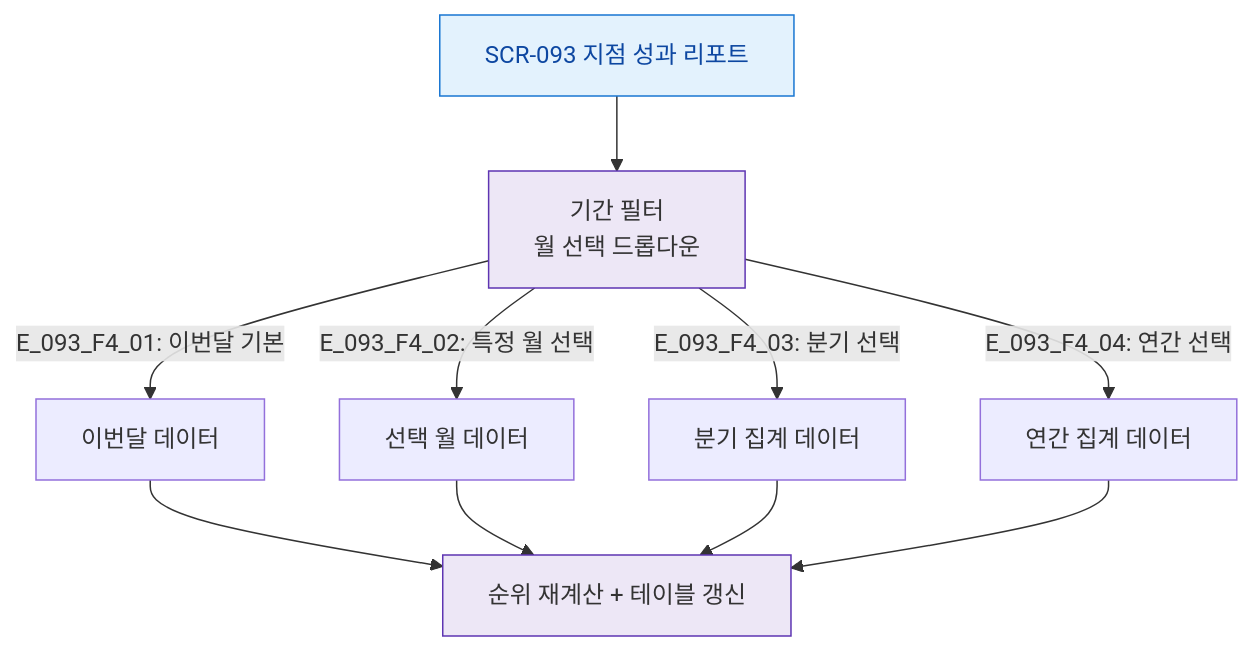
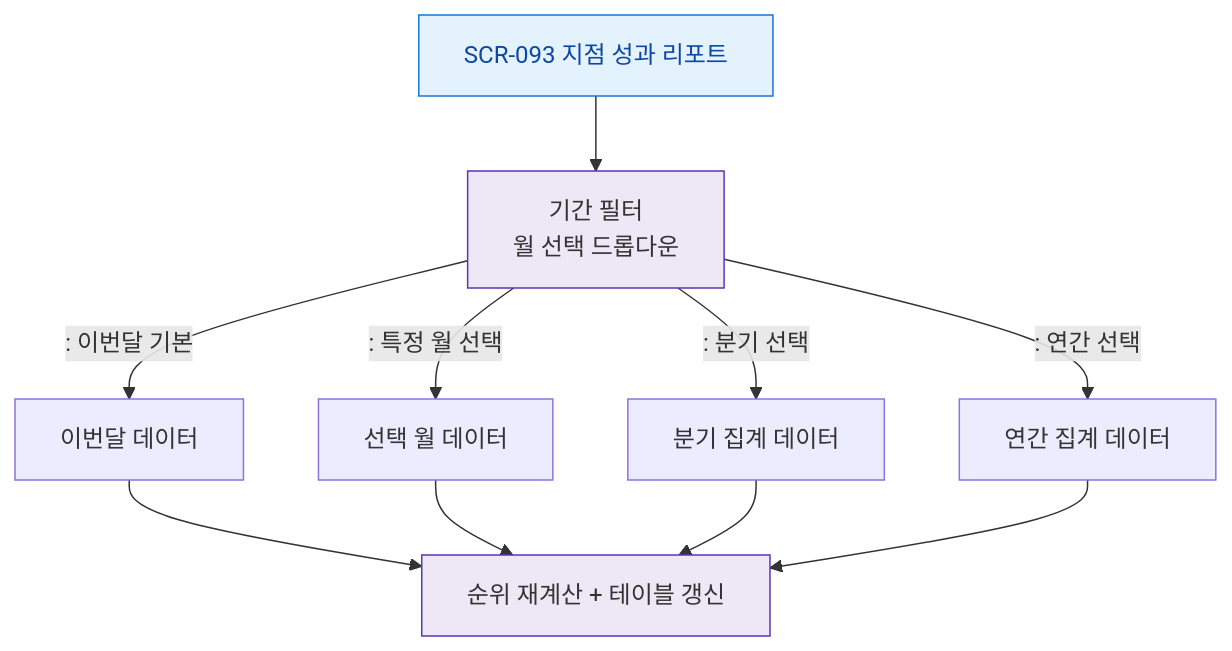
One commit to dev-spogym/admin-pando changed the diagram in docs/다이어그램/D10_본사관리/SCR-093_지점성과리포트/F4_필터.md. Above: the diagram before and after it, drawn with Mermaid. The commit also changed other lines of this file and 1660 other files, not shown here.

First line of the commit message:
다이어그램: 기획자/클라이언트 납품본으로 정리

````diff
--- a/docs/다이어그램/D10_본사관리/SCR-093_지점성과리포트/F4_필터.md
+++ b/docs/다이어그램/D10_본사관리/SCR-093_지점성과리포트/F4_필터.md
@@ -14,17 +12,17 @@
 ```mermaid
 flowchart TD
   SCR_093[SCR-093 지점 성과 리포트] --> PeriodFilter[기간 필터\n월 선택 드롭다운]
 
-  PeriodFilter -->|"E_093_F4_01: 이번달 기본"| MonthData[이번달 데이터]
-  PeriodFilter -->|"E_093_F4_02: 특정 월 선택"| SelectedMonthData[선택 월 데이터]
-  PeriodFilter -->|"E_093_F4_03: 분기 선택"| QuarterData[분기 집계 데이터]
-  PeriodFilter -->|"E_093_F4_04: 연간 선택"| YearData[연간 집계 데이터]
+  PeriodFilter -->|": 이번달 기본"|MonthData[이번달 데이터]
+  PeriodFilter -->|": 특정 월 선택"|SelectedMonthData[선택 월 데이터]
+  PeriodFilter -->|": 분기 선택"|QuarterData[분기 집계 데이터]
+  PeriodFilter -->|": 연간 선택"|YearData[연간 집계 데이터]
 
   MonthData & SelectedMonthData & QuarterData & YearData --> RankRecalc[순위 재계산 + 테이블 갱신]
 
   classDef screen fill:#E3F2FD,stroke:#1976D2,color:#0D47A1
   classDef system fill:#EDE7F6,stroke:#5E35B2
 
   class SCR_093 screen
   class PeriodFilter,RankRecalc system
 ```
````
